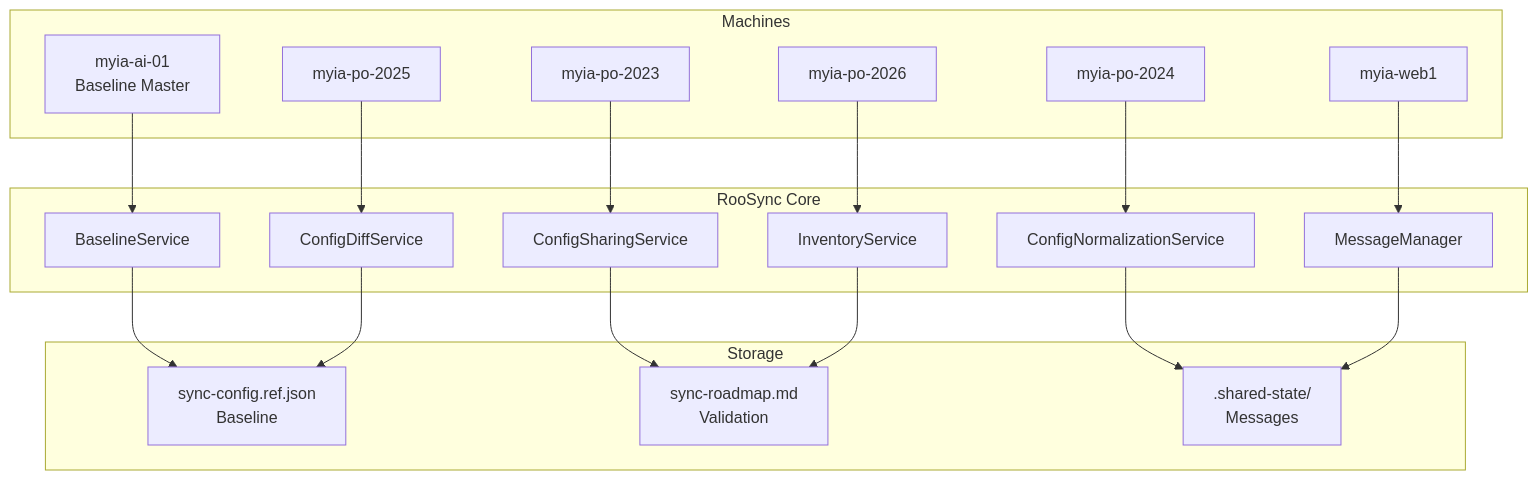
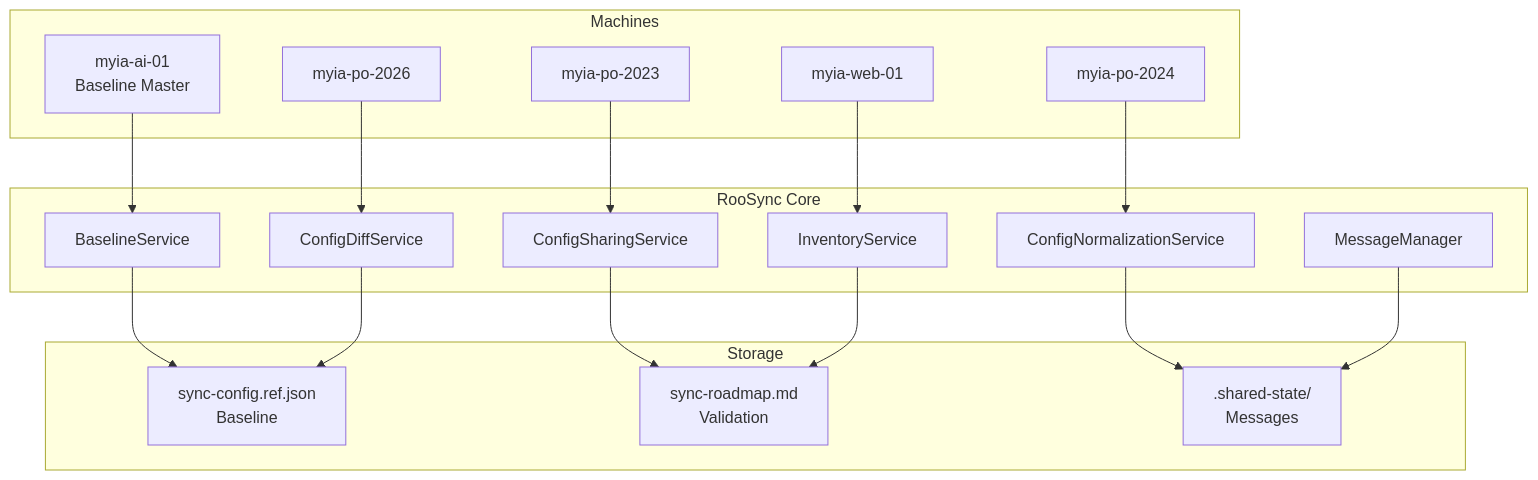
One commit to jsboige/roo-extensions changed the first of 4 diagrams in docs/roosync/README.md. Above: the diagram before and after it, drawn with Mermaid. The commit also changed other lines of this file, not shown here.

Commit message:
docs(roosync): Update README.md - T3.2 Documentation improvements
- Update date to 2026-01-14
- Fix architecture diagram: Remove non-existent myia-po-2025, correct myia-web1 → myia-web-01
- Update Node.js prerequisites: v18+ → v20+ (v25 recommended)
- Update config version: 2.1.0 → 2.3.0

````diff
--- a/docs/roosync/README.md
+++ b/docs/roosync/README.md
@@ -41,40 +41,38 @@
 ```mermaid
 graph TB
     subgraph "Machines"
         A[myia-ai-01<br/>Baseline Master]
         B[myia-po-2023]
         C[myia-po-2024]
-        D[myia-po-2025]
-        E[myia-po-2026]
-        F[myia-web1]
+        D[myia-po-2026]
+        E[myia-web-01]
     end
 
     subgraph "RooSync Core"
-        G[BaselineService]
-        H[ConfigSharingService]
-        I[ConfigNormalizationService]
-        J[ConfigDiffService]
-        K[InventoryService]
-        L[MessageManager]
+        F[BaselineService]
+        G[ConfigSharingService]
+        H[ConfigNormalizationService]
+        I[ConfigDiffService]
+        J[InventoryService]
+        K[MessageManager]
     end
 
     subgraph "Storage"
-        M[sync-config.ref.json<br/>Baseline]
-        N[sync-roadmap.md<br/>Validation]
-        O[.shared-state/<br/>Messages]
+        L[sync-config.ref.json<br/>Baseline]
+        M[sync-roadmap.md<br/>Validation]
+        N[.shared-state/<br/>Messages]
     end
 
-    A --> G
-    B --> H
-    C --> I
-    D --> J
-    E --> K
+    A --> F
+    B --> G
+    C --> H
+    D --> I
+    E --> J
+
     F --> L
-
     G --> M
     H --> N
-    I --> O
+    I --> L
     J --> M
     K --> N
-    L --> O
 ```
````
